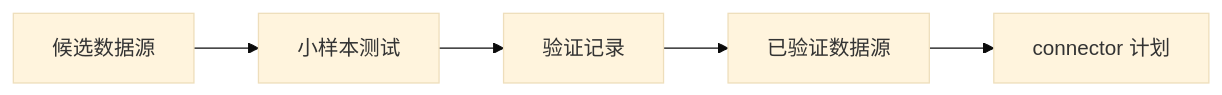
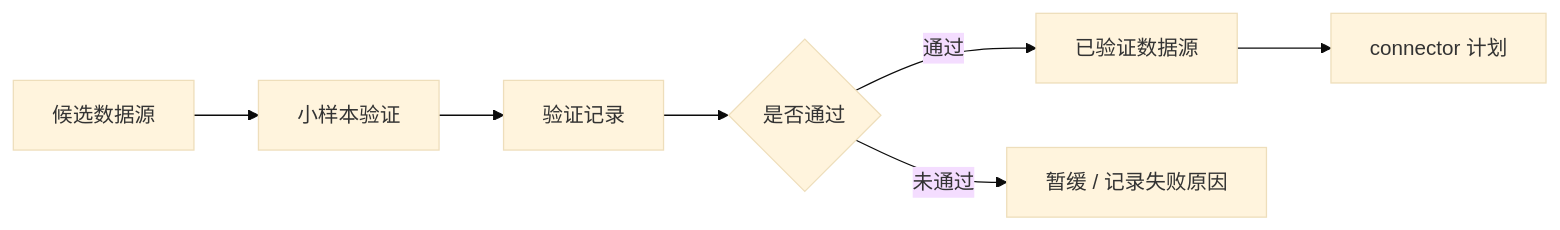
One commit to reagan-nz/listed-company-data-platform changed the third of 3 diagrams in plans/dynamic_data_platform_plan.md. Above: the diagram before and after it, drawn with Mermaid (base theme). The commit also changed other lines of this file and 3 other files, not shown here.

First line of the commit message:
docs: add diagrams for dynamic platform planning

````diff
--- a/plans/dynamic_data_platform_plan.md
+++ b/plans/dynamic_data_platform_plan.md
@@ -219,7 +172,9 @@
 ```mermaid
 flowchart LR
-    C[候选数据源] --> T[小样本测试]
-    T --> V[验证记录]
-    V --> OK[已验证数据源]
-    OK --> CONN[connector 计划]
+    A[候选数据源] --> B[小样本验证]
+    B --> C[验证记录]
+    C --> D{是否通过}
+    D -->|通过| E[已验证数据源]
+    D -->|未通过| F[暂缓 / 记录失败原因]
+    E --> G[connector 计划]
 ```
````
